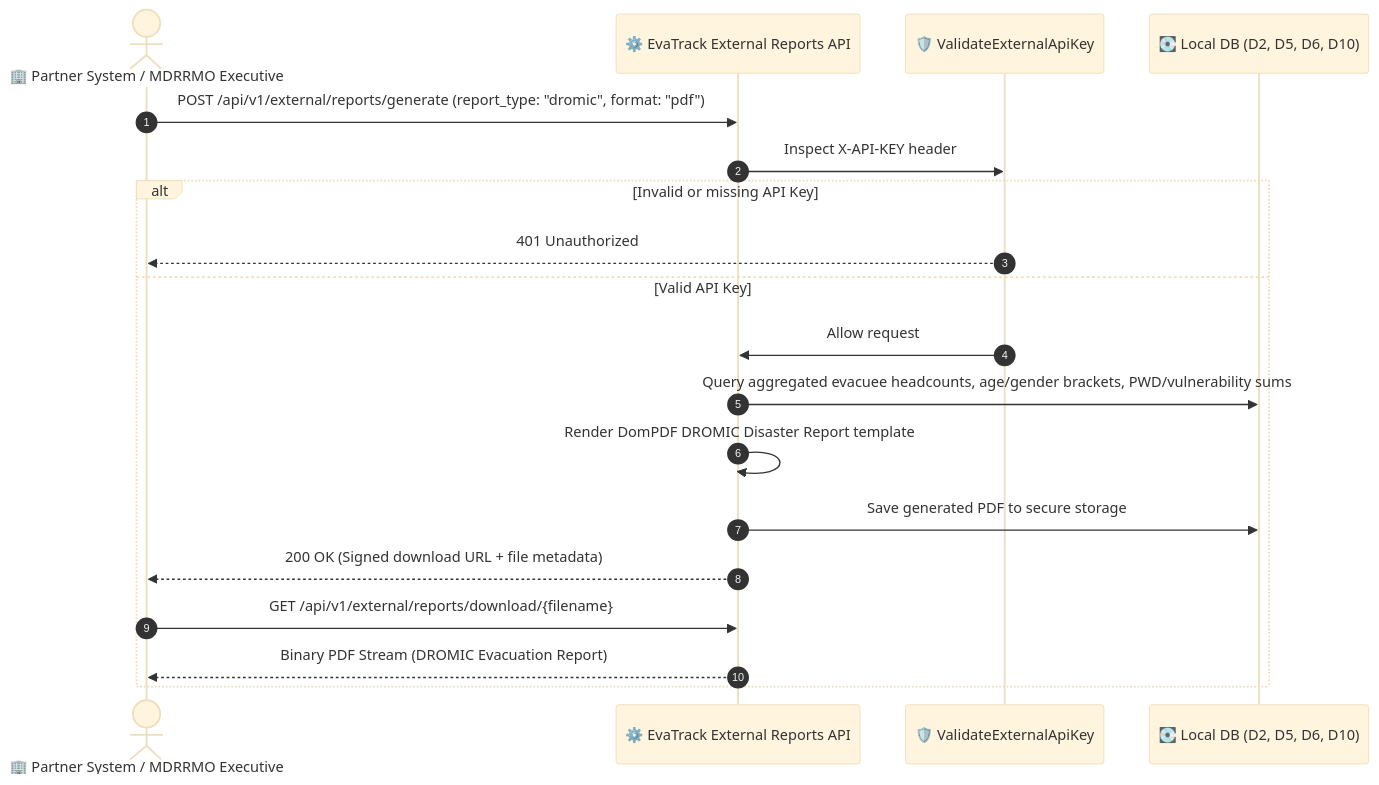
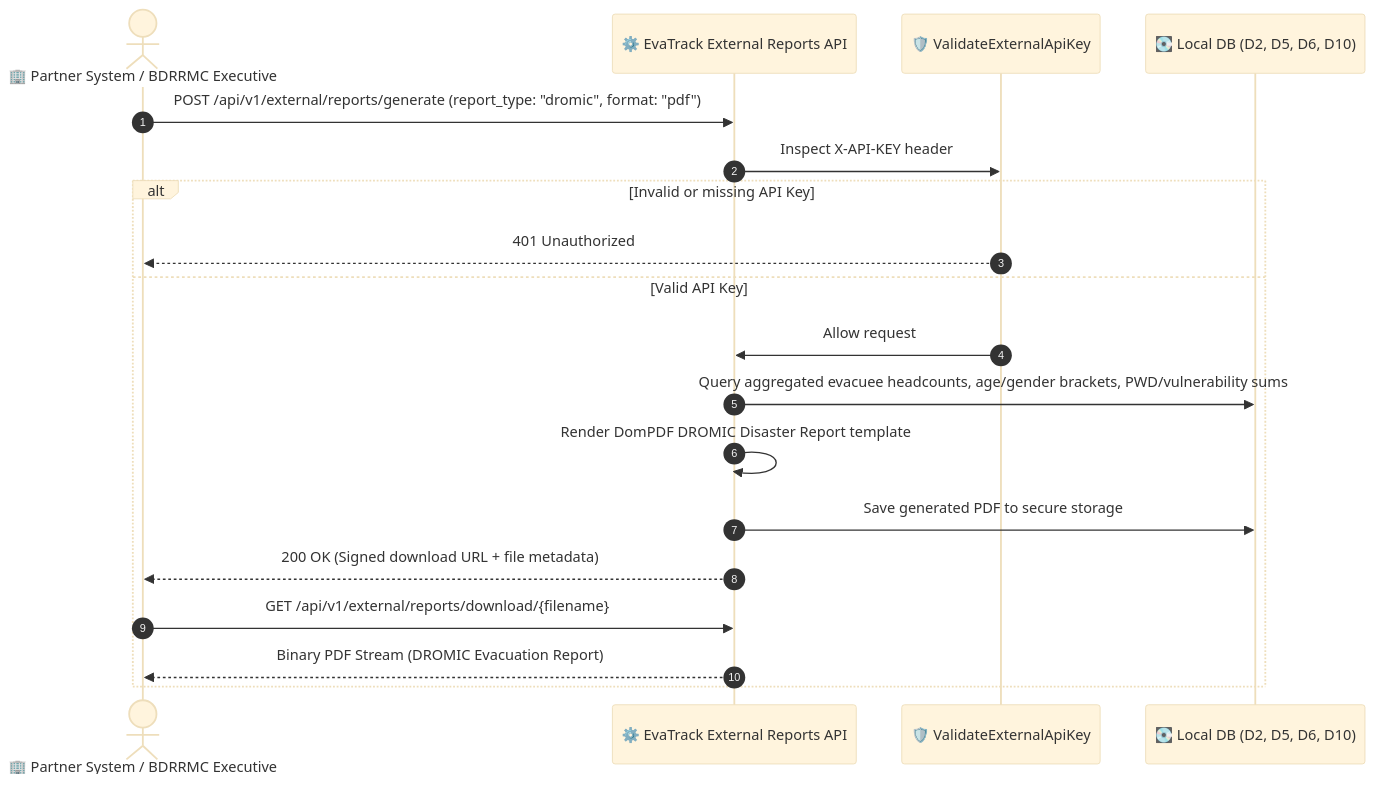
The sixth of 6 diagrams in docs/data_flow_diagram.md (klint-droid/EvaTrack), drawn with Mermaid (base theme) before and after one commit. The commit also changed other lines of this file and 10 other files, not shown here.

Commit message:
docs(schema): update corrected_full_schema.sql, remove urgency_levels, add Chen ERD and barangay-scoped DFD

````diff
--- a/docs/data_flow_diagram.md
+++ b/docs/data_flow_diagram.md
@@ -456,22 +458,22 @@
 ```mermaid
 sequenceDiagram
     autonumber
-    actor ExternalPartner as 🏢 Partner System / MDRRMO Executive
+    actor ExternalPartner as 🏢 Partner System / BDRRMC Executive
     participant EvaAPI as ⚙️ EvaTrack External Reports API
     participant Middleware as 🛡️ ValidateExternalApiKey
     participant DB as 💽 Local DB (D2, D5, D6, D10)
 
     ExternalPartner->>EvaAPI: POST /api/v1/external/reports/generate (report_type: "dromic", format: "pdf")
     EvaAPI->>Middleware: Inspect X-API-KEY header
     alt Invalid or missing API Key
         Middleware-->>ExternalPartner: 401 Unauthorized
     else Valid API Key
         Middleware->>EvaAPI: Allow request
         EvaAPI->>DB: Query aggregated evacuee headcounts, age/gender brackets, PWD/vulnerability sums
         EvaAPI->>EvaAPI: Render DomPDF DROMIC Disaster Report template
         EvaAPI->>DB: Save generated PDF to secure storage
         EvaAPI-->>ExternalPartner: 200 OK (Signed download URL + file metadata)
         ExternalPartner->>EvaAPI: GET /api/v1/external/reports/download/{filename}
         EvaAPI-->>ExternalPartner: Binary PDF Stream (DROMIC Evacuation Report)
     end
 ```
````
